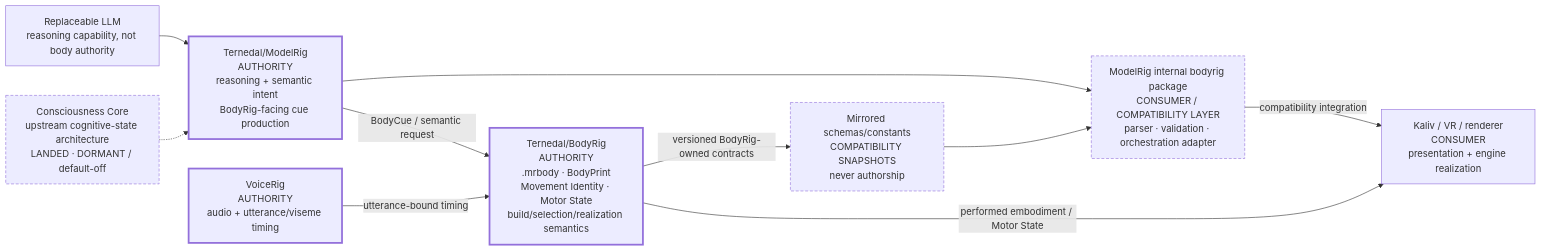
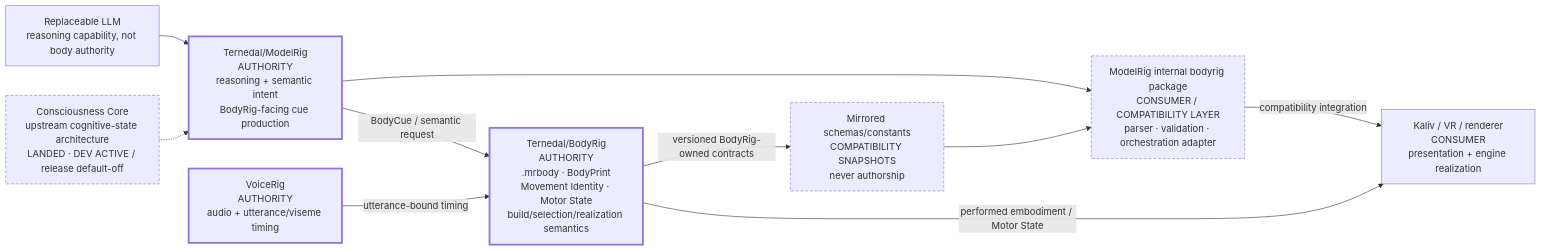
One commit to Ternedal/ModelRig changed the diagram in docs/BODYRIG_AUTHORITY.md. Above: the diagram before and after it, drawn with Mermaid.

Commit message:
docs: mark Consciousness Core active in dev channel

````diff
--- a/docs/BODYRIG_AUTHORITY.md
+++ b/docs/BODYRIG_AUTHORITY.md
@@ -26,26 +26,26 @@
 ```mermaid
 flowchart LR
-    CC["Consciousness Core\nupstream cognitive-state architecture\nLANDED · DORMANT / default-off"]
+    CC["Consciousness Core\nupstream cognitive-state architecture\nLANDED · DEV ACTIVE / release default-off"]
     LLM["Replaceable LLM\nreasoning capability, not body authority"]
     MR["Ternedal/ModelRig\nAUTHORITY\nreasoning + semantic intent\nBodyRig-facing cue production"]
     VR["VoiceRig\nAUTHORITY\naudio + utterance/viseme timing"]
     BR["Ternedal/BodyRig\nAUTHORITY\n.mrbody · BodyPrint\nMovement Identity · Motor State\nbuild/selection/realization semantics"]
     AD["ModelRig internal bodyrig package\nCONSUMER / COMPATIBILITY LAYER\nparser · validation · orchestration adapter"]
     KR["Kaliv / VR / renderer\nCONSUMER\npresentation + engine realization"]
     MIR["Mirrored schemas/constants\nCOMPATIBILITY SNAPSHOTS\nnever authorship"]
 
     CC -.-> MR
     LLM --> MR
     MR -->|BodyCue / semantic request| BR
     VR -->|utterance-bound timing| BR
     BR -->|performed embodiment / Motor State| KR
     BR -->|versioned BodyRig-owned contracts| MIR
     MIR --> AD
     MR --> AD
     AD -->|compatibility integration| KR
 
     classDef authority stroke-width:3px;
     class MR,VR,BR authority;
     classDef mirror stroke-dasharray:5 3;
     class MIR,AD,CC mirror;
 ```
````
